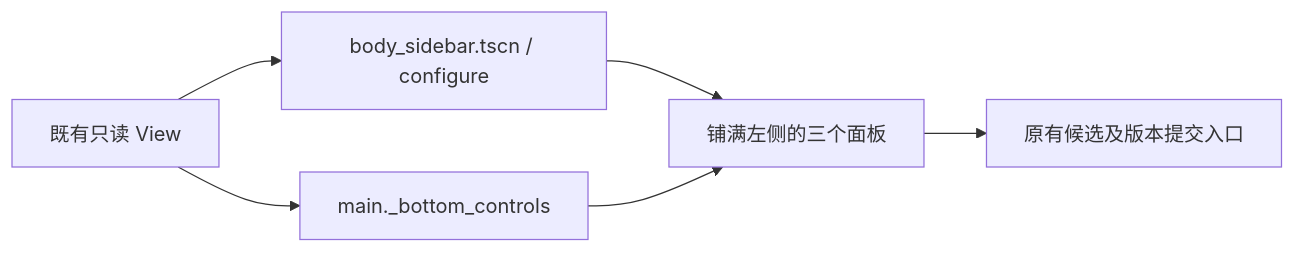
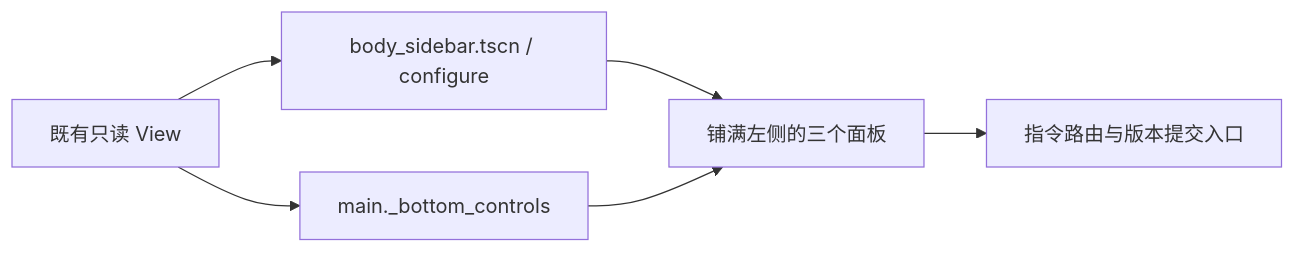
Before and after one commit to XyTT2N2bTc/magic-spire: the first of 3 diagrams in docs/spec/release-interface.md, drawn with Mermaid. The commit also changed other lines of this file and 157 other files, not shown here.

````diff
--- a/docs/spec/release-interface.md
+++ b/docs/spec/release-interface.md
@@ -64,8 +64,8 @@
 ```mermaid
 flowchart LR
   View[既有只读 View] --> Body[body_sidebar.tscn / configure]
   View --> Bottom[main._bottom_controls]
   Body --> Frame[铺满左侧的三个面板]
   Bottom --> Frame
-  Frame --> Input[原有候选及版本提交入口]
+  Frame --> Input[指令路由与版本提交入口]
 ```
````
